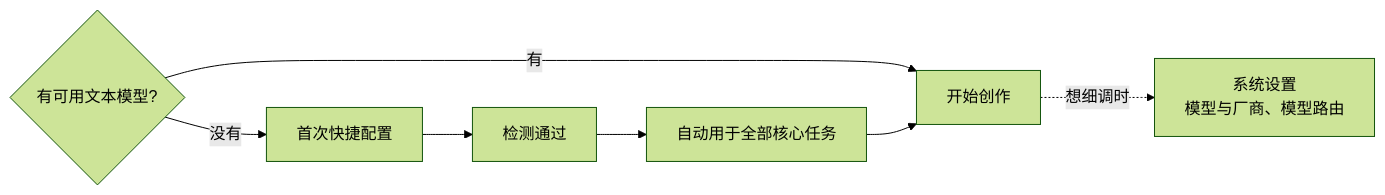
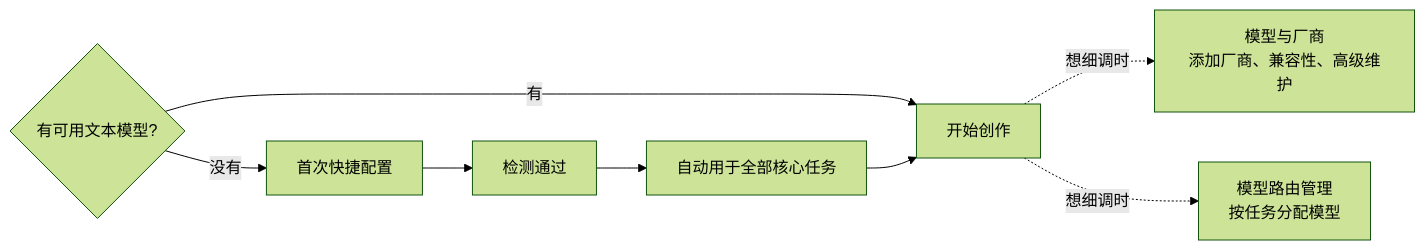
The first of 2 diagrams in mintlify-docs/model-configuration.mdx (ExplosiveCoderflome/AI-Novel-Writing-Assistant), drawn with Mermaid (forest theme) before and after one commit. The commit also changed other lines of this file and 5 other files, not shown here.

````diff
--- a/mintlify-docs/model-configuration.mdx
+++ b/mintlify-docs/model-configuration.mdx
@@ -21,9 +32,10 @@
 ```mermaid
 flowchart LR
   A{有可用文本模型?} -- 没有 --> B[首次快捷配置]
   B --> C[检测通过]
   C --> D[自动用于全部核心任务]
   A -- 有 --> E[开始创作]
   D --> E
-  E -. 想细调时 .-> F[系统设置<br/>模型与厂商、模型路由]
+  E -. 想细调时 .-> F[模型与厂商<br/>添加厂商、兼容性、高级维护]
+  E -. 想细调时 .-> G[模型路由管理<br/>按任务分配模型]
 ```
````
